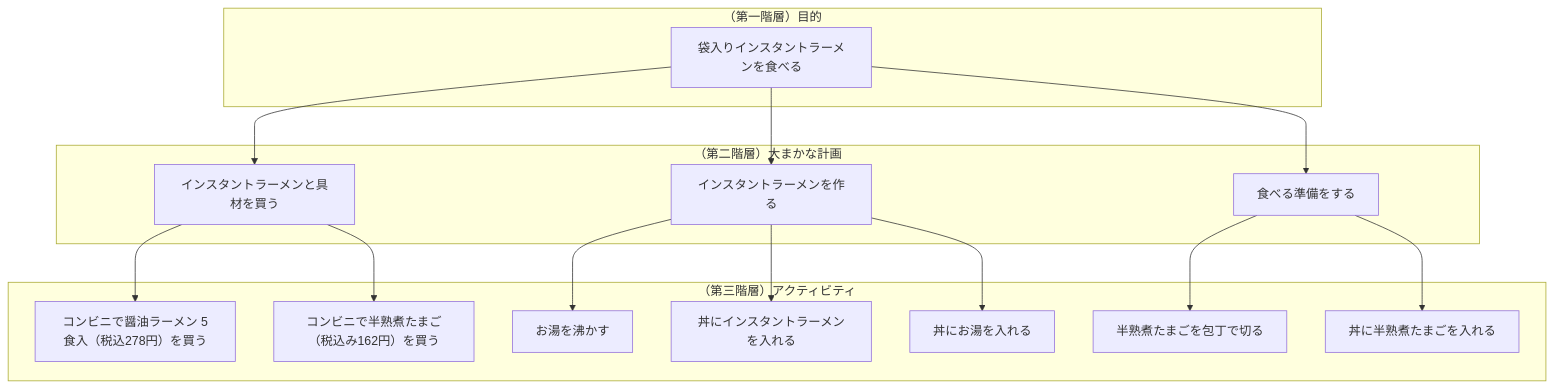
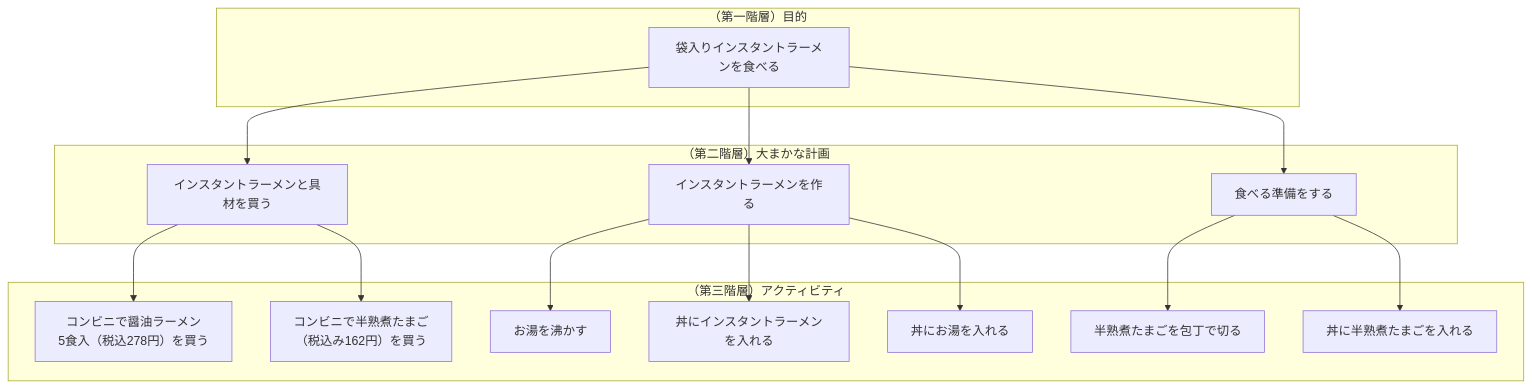
Before and after one commit to eumura123/test: the diagram in WBS_1_3_wbs.md, drawn with Mermaid.

Commit message:
修正

````diff
--- a/WBS_1_3_wbs.md
+++ b/WBS_1_3_wbs.md
@@ -1,24 +1,26 @@
 ```mermaid
 flowchart TB
     subgraph "（第一階層）目的"
     1[袋入りインスタントラーメンを食べる]
     end
     2[インスタントラーメンと具材を買う]
     3[インスタントラーメンを作る]
     4[食べる準備をする]
-    5[コンビニで醤油ラーメン 5食入（税込278円）を買う]
-    6[コンビニで半熟煮たまご（税込み162円）を買う]
+    5[コンビニで醤油ラーメン
+     5食入（税込278円）を買う]
+    6[コンビニで半熟煮たまご
+    （税込み162円）を買う]
     7[お湯を沸かす]
     8[丼にインスタントラーメンを入れる]
     9[丼にお湯を入れる]
     10[半熟煮たまごを包丁で切る]
     11[丼に半熟煮たまごを入れる]
     subgraph "（第二階層）大まかな計画"
     1-->2 & 3 & 4
     end
     subgraph "（第三階層）アクティビティ"
     2-->5 & 6
     3-->7 & 8 & 9
     4-->10 & 11
     end
 ```
````
